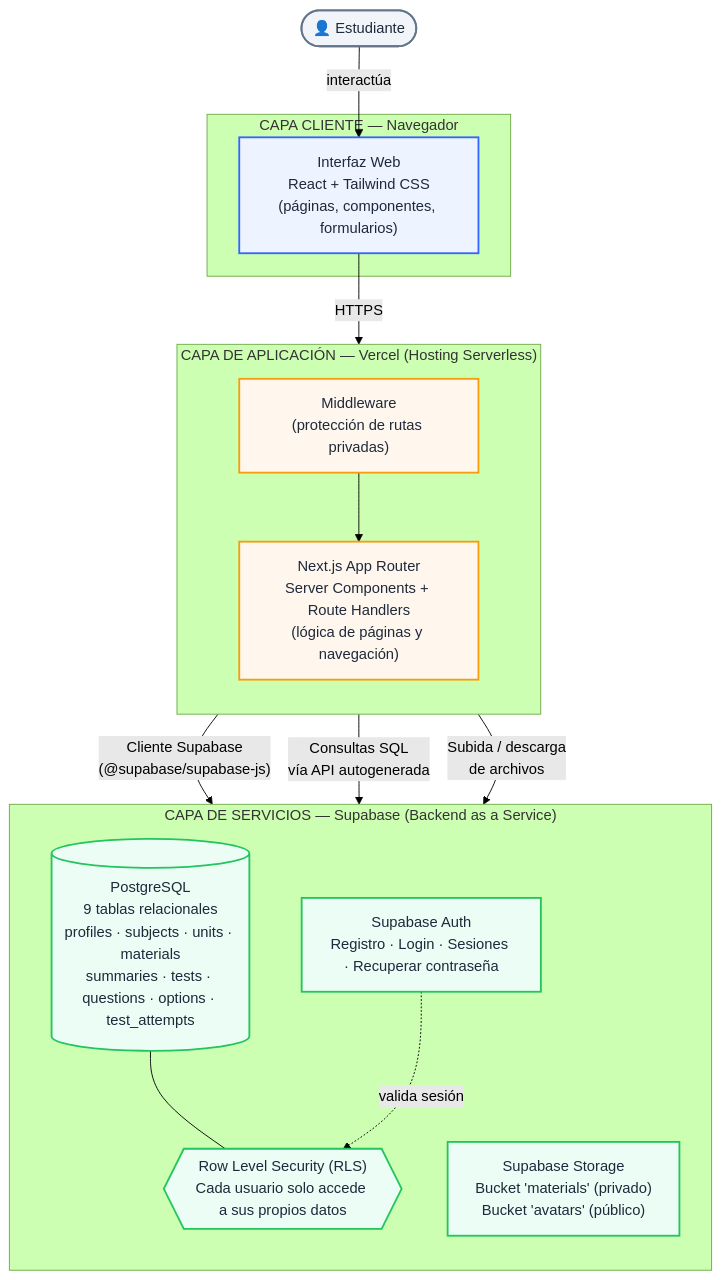
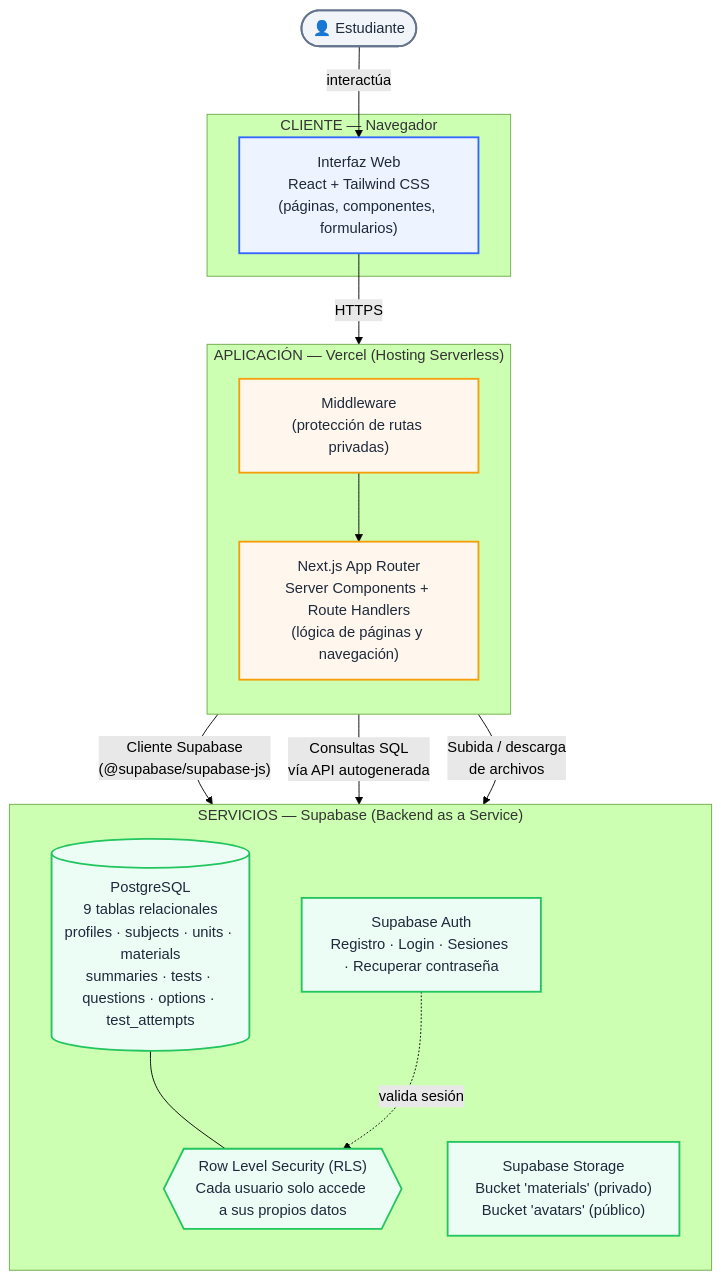
The diagram in README.md (Milaa-jh/Camila-Droguett-eduvault-modular), drawn with Mermaid (forest theme) before and after one commit.

Commit message:
Diagrama2

````diff
--- a/README.md
+++ b/README.md
@@ -182,41 +182,41 @@
 ```mermaid
 flowchart TB
     User(["👤 Estudiante"])
 
-    subgraph Client["CAPA CLIENTE — Navegador"]
+    subgraph Client["CLIENTE — Navegador"]
         Browser["Interfaz Web<br/>React + Tailwind CSS<br/>(páginas, componentes, formularios)"]
     end
 
-    subgraph Vercel["CAPA DE APLICACIÓN — Vercel (Hosting Serverless)"]
+    subgraph Vercel["APLICACIÓN — Vercel (Hosting Serverless)"]
         direction TB
         Middleware["Middleware<br/>(protección de rutas privadas)"]
         NextApp["Next.js App Router<br/>Server Components + Route Handlers<br/>(lógica de páginas y navegación)"]
         Middleware --> NextApp
     end
 
-    subgraph Supabase["CAPA DE SERVICIOS — Supabase (Backend as a Service)"]
+    subgraph Supabase["SERVICIOS — Supabase (Backend as a Service)"]
         direction TB
         Auth["Supabase Auth<br/>Registro · Login · Sesiones · Recuperar contraseña"]
         DB[("PostgreSQL<br/>9 tablas relacionales<br/>profiles · subjects · units · materials<br/>summaries · tests · questions · options · test_attempts")]
         RLS{{"Row Level Security (RLS)<br/>Cada usuario solo accede a sus propios datos"}}
         Storage["Supabase Storage<br/>Bucket 'materials' (privado)<br/>Bucket 'avatars' (público)"]
         DB --- RLS
     end
 
     User -->|"interactúa"| Browser
     Browser -->|"HTTPS"| Middleware
     NextApp -->|"Cliente Supabase<br/>(@supabase/supabase-js)"| Auth
     NextApp -->|"Consultas SQL<br/>vía API autogenerada"| DB
     NextApp -->|"Subida / descarga<br/>de archivos"| Storage
     Auth -.->|"valida sesión"| RLS
 
     classDef client fill:#eef4ff,stroke:#3466ff,stroke-width:2px,color:#1e293b
     classDef app fill:#fff7ed,stroke:#f59e0b,stroke-width:2px,color:#1e293b
     classDef service fill:#ecfdf5,stroke:#22c55e,stroke-width:2px,color:#1e293b
     classDef user fill:#f1f5f9,stroke:#64748b,stroke-width:2px,color:#1e293b
 
     class Browser client
     class Middleware,NextApp app
     class Auth,DB,RLS,Storage service
     class User user
 ```
````
